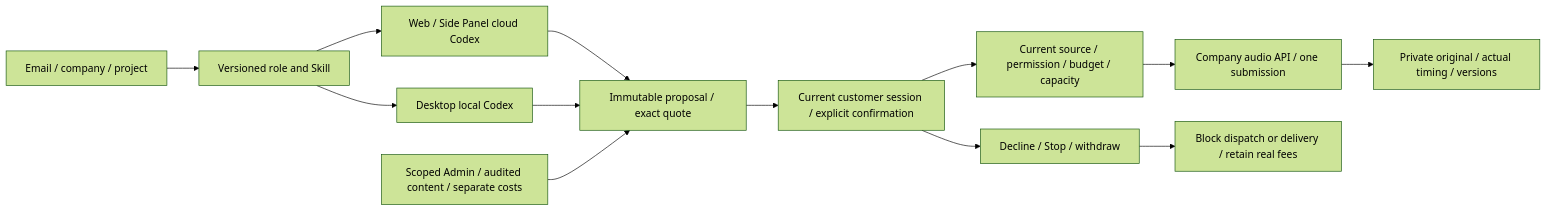
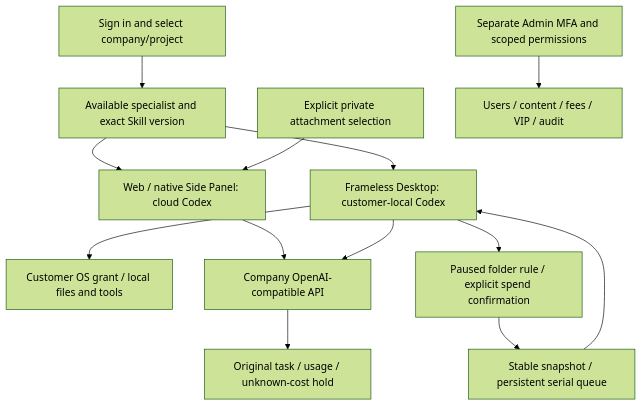
The diagram in docs/README.en.md (copypasteltd/workmate), drawn with Mermaid (forest theme) before and after one commit. The commit also changed other lines of this file and 133 other files, not shown here.

Commit message:
Record native folder delivery and the complete numbered goal gaps

````diff
--- a/docs/README.en.md
+++ b/docs/README.en.md
@@ -117,15 +65,15 @@
-~~~mermaid
-flowchart LR
-    Login[Email / company / project] --> Role[Versioned role and Skill]
-    Role --> Cloud[Web / Side Panel cloud Codex]
-    Role --> Local[Desktop local Codex]
-    Cloud --> Proposal[Immutable proposal / exact quote]
-    Local --> Proposal
-    Proposal --> Customer[Current customer session / explicit confirmation]
-    Customer --> Gate[Current source / permission / budget / capacity]
-    Gate --> Company[Company audio API / one submission]
-    Company --> Assets[Private original / actual timing / versions]
-    Customer --> Withdraw[Decline / Stop / withdraw]
-    Withdraw --> Block[Block dispatch or delivery / retain real fees]
-    Admin[Scoped Admin / audited content / separate costs] --> Proposal
-~~~
+```mermaid
+flowchart TD
+  Login[Sign in and select company/project] --> Role[Available specialist and exact Skill version]
+  Role --> Cloud[Web / native Side Panel: cloud Codex]
+  Role --> Local[Frameless Desktop: customer-local Codex]
+  Files[Explicit private attachment selection] --> Cloud
+  Local --> Grant[Customer OS grant / local files and tools]
+  Local --> Rules[Paused folder rule / explicit spend confirmation]
+  Rules --> Queue[Stable snapshot / persistent serial queue]
+  Queue --> Local
+  Cloud --> Company[Company OpenAI-compatible API]
+  Local --> Company
+  Company --> Ledger[Original task / usage / unknown-cost hold]
+  Admin[Separate Admin MFA and scoped permissions] --> Governance[Users / content / fees / VIP / audit]
+```
````
